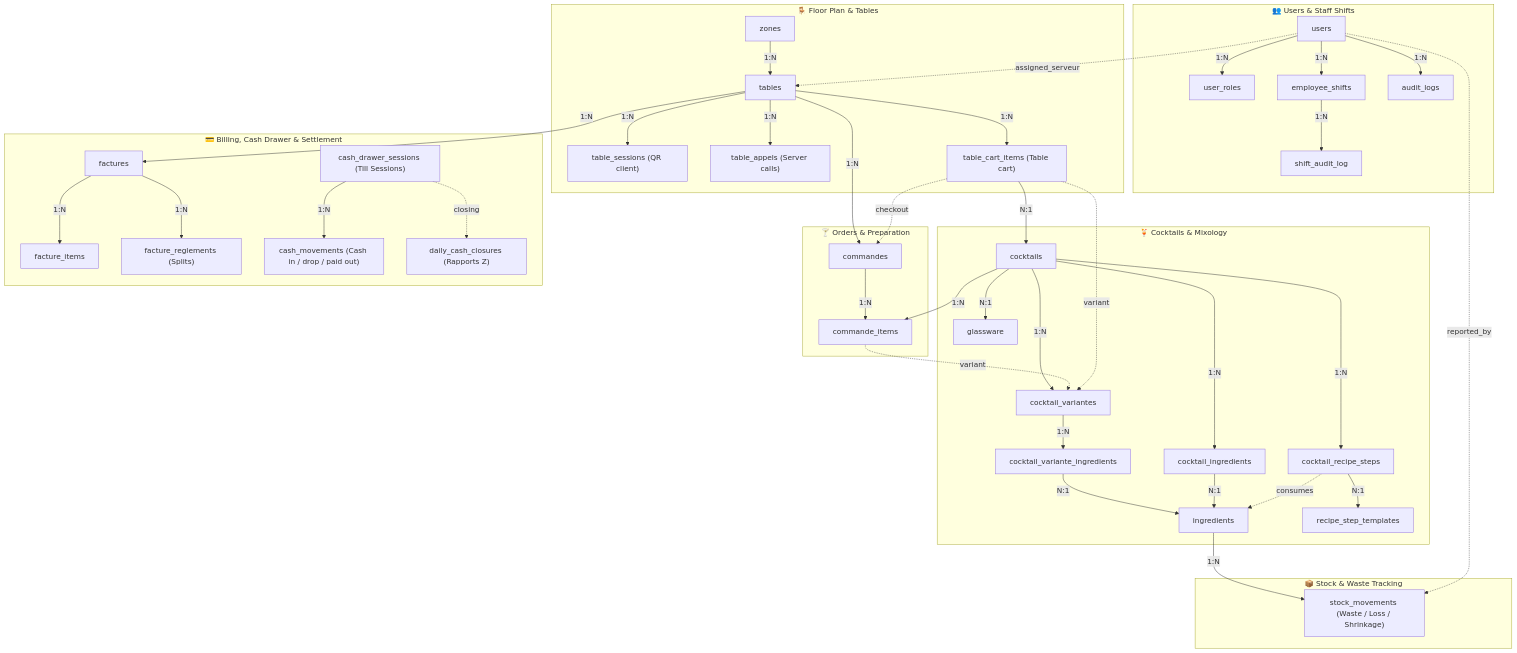
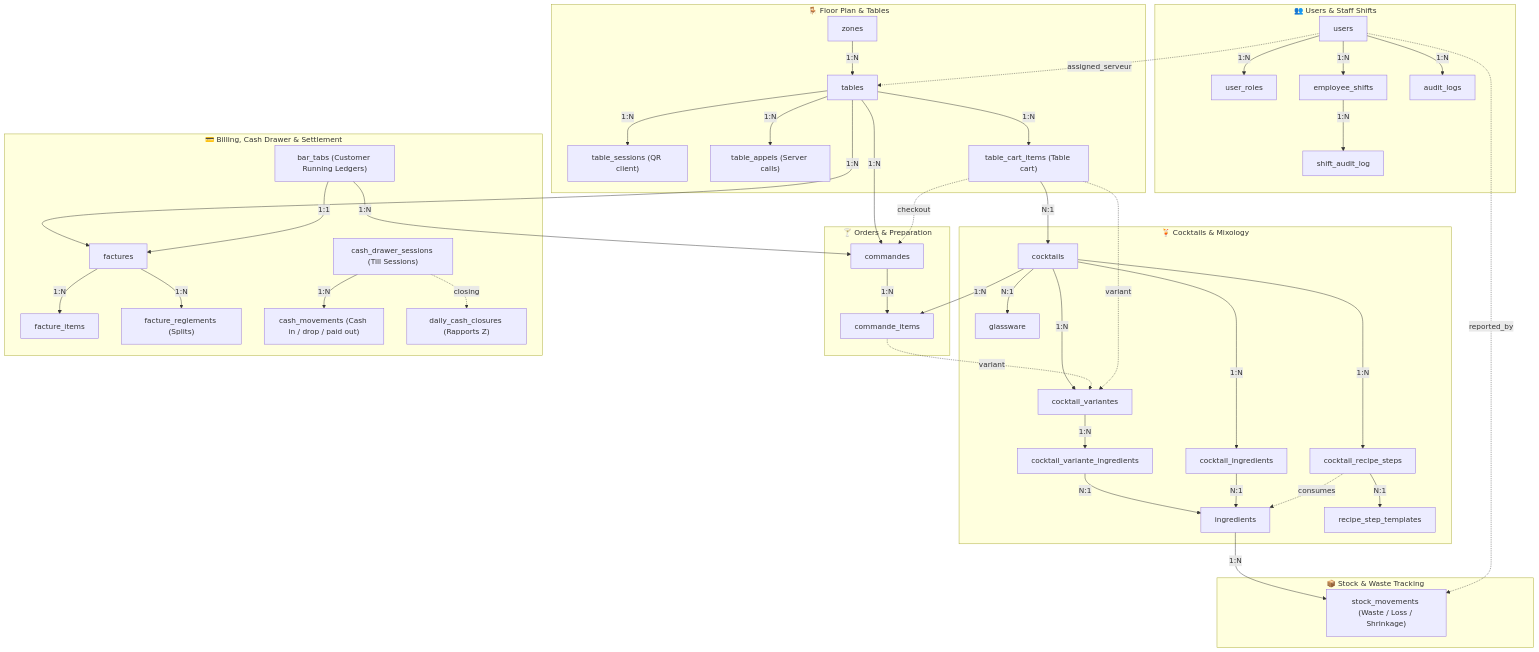
Before and after one commit to FunWarry/Open-Bar: the first of 2 diagrams in .agents/knowledge/architecture.md, drawn with Mermaid. The commit also changed other lines of this file and 1 other file, not shown here.

````diff
--- a/.agents/knowledge/architecture.md
+++ b/.agents/knowledge/architecture.md
@@ -106,53 +106,55 @@
 ```mermaid
 flowchart TD
     subgraph UsersDomain ["👥 Users & Staff Shifts"]
         USERS["users"] -->|"1:N"| USER_ROLES["user_roles"]
         USERS -->|"1:N"| EMPLOYEE_SHIFTS["employee_shifts"]
         EMPLOYEE_SHIFTS -->|"1:N"| SHIFT_AUDIT_LOG["shift_audit_log"]
         USERS -->|"1:N"| AUDIT_LOGS["audit_logs"]
     end
 
     subgraph SalleDomain ["🪑 Floor Plan & Tables"]
         ZONES["zones"] -->|"1:N"| TABLES["tables"]
         USERS -.->|"assigned_serveur"| TABLES
         TABLES -->|"1:N"| TABLE_SESSIONS["table_sessions (QR client)"]
         TABLES -->|"1:N"| TABLE_APPELS["table_appels (Server calls)"]
         TABLES -->|"1:N"| TABLE_CART_ITEMS["table_cart_items (Table cart)"]
     end
 
     subgraph CommandesDomain ["🍸 Orders & Preparation"]
         TABLES -->|"1:N"| COMMANDES["commandes"]
         COMMANDES -->|"1:N"| COMMANDE_ITEMS["commande_items"]
         TABLE_CART_ITEMS -.->|"checkout"| COMMANDES
     end
 
     subgraph MixologieDomain ["🍹 Cocktails & Mixology"]
         COCKTAILS["cocktails"] -->|"1:N"| COMMANDE_ITEMS
         COCKTAILS -->|"1:N"| COCKTAIL_VARIANTES["cocktail_variantes"]
         COCKTAILS -->|"1:N"| COCKTAIL_INGREDIENTS["cocktail_ingredients"]
         COCKTAILS -->|"1:N"| COCKTAIL_RECIPE_STEPS["cocktail_recipe_steps"]
         COCKTAILS -->|"N:1"| GLASSWARE["glassware"]
         
         COCKTAIL_VARIANTES -->|"1:N"| COCKTAIL_VARIANTE_INGREDIENTS["cocktail_variante_ingredients"]
         COCKTAIL_VARIANTE_INGREDIENTS -->|"N:1"| INGREDIENTS["ingredients"]
         COCKTAIL_INGREDIENTS -->|"N:1"| INGREDIENTS
         COCKTAIL_RECIPE_STEPS -->|"N:1"| RECIPE_STEP_TEMPLATES["recipe_step_templates"]
         COCKTAIL_RECIPE_STEPS -.->|"consumes"| INGREDIENTS
         COMMANDE_ITEMS -.->|"variant"| COCKTAIL_VARIANTES
         TABLE_CART_ITEMS -->|"N:1"| COCKTAILS
         TABLE_CART_ITEMS -.->|"variant"| COCKTAIL_VARIANTES
     end
 
     subgraph FacturationDomain ["💳 Billing, Cash Drawer & Settlement"]
         TABLES -->|"1:N"| FACTURES["factures"]
         FACTURES -->|"1:N"| FACTURE_ITEMS["facture_items"]
         FACTURES -->|"1:N"| FACTURE_REGLEMENTS["facture_reglements (Splits)"]
         CASH_DRAWER_SESSIONS["cash_drawer_sessions (Till Sessions)"] -->|"1:N"| CASH_MOVEMENTS["cash_movements (Cash in / drop / paid out)"]
         CASH_DRAWER_SESSIONS -.->|"closing"| DAILY_CASH_CLOSURES["daily_cash_closures (Rapports Z)"]
+        BAR_TABS["bar_tabs (Customer Running Ledgers)"] -->|"1:N"| COMMANDES
+        BAR_TABS -->|"1:1"| FACTURES
     end
 
     subgraph StockDomain ["📦 Stock & Waste Tracking"]
         INGREDIENTS -->|"1:N"| STOCK_MOVEMENTS["stock_movements (Waste / Loss / Shrinkage)"]
         USERS -.->|"reported_by"| STOCK_MOVEMENTS
     end
 ```
````
